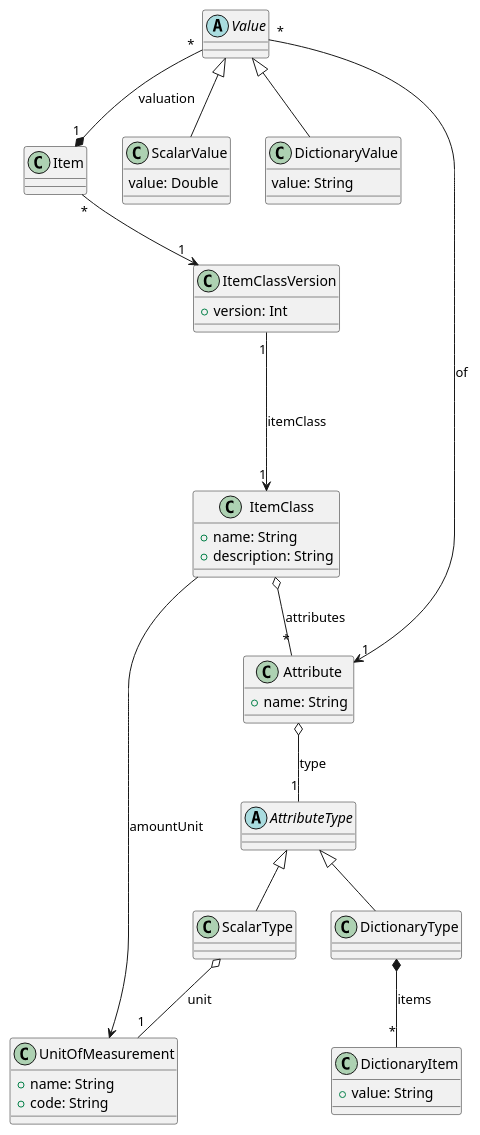
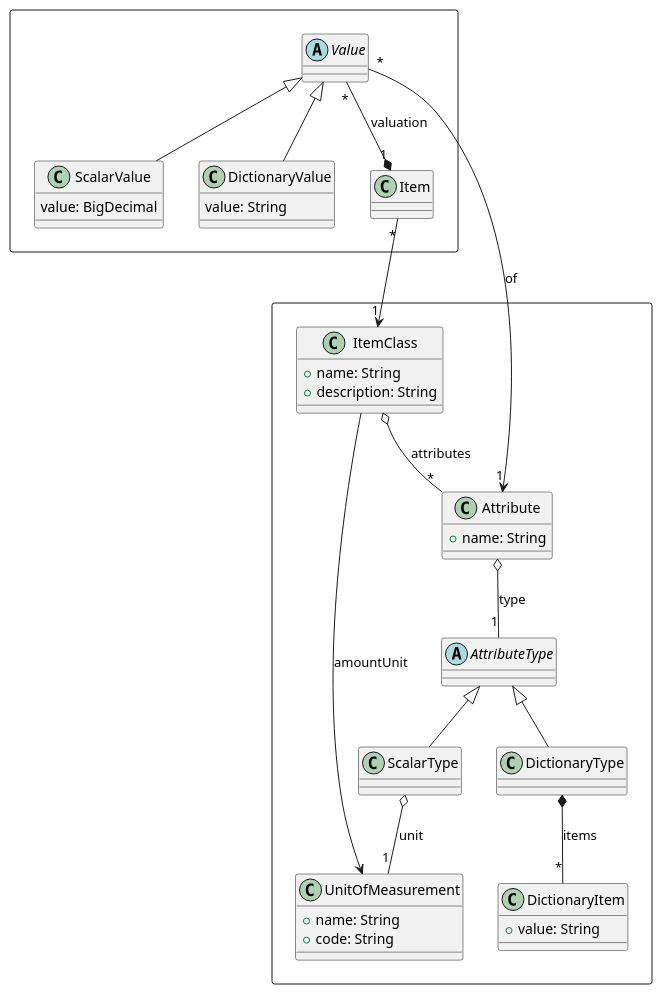
Before and after one commit to maciejmalecki/inventory: the diagram in doc/dia/domain/items.puml, drawn with PlantUML. The commit also changed 3 other files, not shown here.

```diff
--- a/doc/dia/domain/items.puml
+++ b/doc/dia/domain/items.puml
@@ -1,51 +1,52 @@
 @startuml
+rectangle {
     together {
         class ItemClass {
             +name: String
             +description: String
-        }
-        class ItemClassVersion {
-            +version: Int
         }
         class Attribute {
             +name: String
         }
         abstract class AttributeType
         class ScalarType
         class DictionaryType
         class DictionaryItem {
             +value: String
         }
+        class UnitOfMeasurement {
+            +name: String
+            +code: String
+        }
     }
+}
 
-    ItemClass ---> UnitOfMeasurement: amountUnit
-    ItemClassVersion "1" ---> "1" ItemClass: itemClass
-    AttributeType <|-- ScalarType
-    AttributeType <|-- DictionaryType
-    ScalarType o-- "1" UnitOfMeasurement: unit
-    DictionaryType *-- "*" DictionaryItem: items
-    Attribute o-- "1" AttributeType: type
-    ItemClass o-- "*" Attribute: attributes
+ItemClass ---> UnitOfMeasurement: amountUnit
+AttributeType <|-- ScalarType
+AttributeType <|-- DictionaryType
+ScalarType o-- "1" UnitOfMeasurement: unit
+DictionaryType *-- "*" DictionaryItem: items
+Attribute o-- "1" AttributeType: type
+ItemClass o-- "*" Attribute: attributes
 
+rectangle {
     together {
         class Item
         abstract class Value
         class ScalarValue {
-            value: Double
+            value: BigDecimal
         }
         class DictionaryValue {
             value: String
         }
     }
+}
 
-    Value <|-- ScalarValue
-    Value <|-- DictionaryValue
-    Item "*" --> "1" ItemClassVersion
-    Value "*" --* "1" Item: valuation
-    Value "*" --> "1" Attribute: of
+Value <|-- ScalarValue
+Value <|-- DictionaryValue
+Item "*" --> "1" ItemClass
+Value "*" --* "1" Item: valuation
+Value "*" --> "1" Attribute: of
 
-    class UnitOfMeasurement {
-        +name: String
-        +code: String
-    }
+
 @enduml
```
